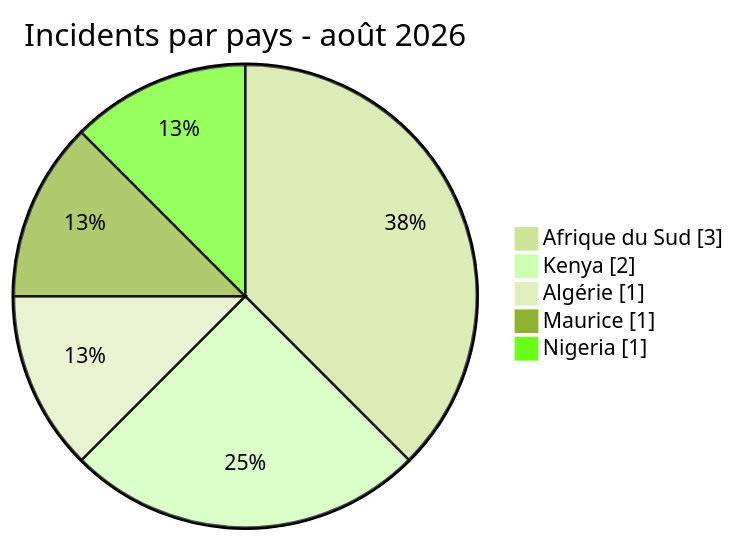
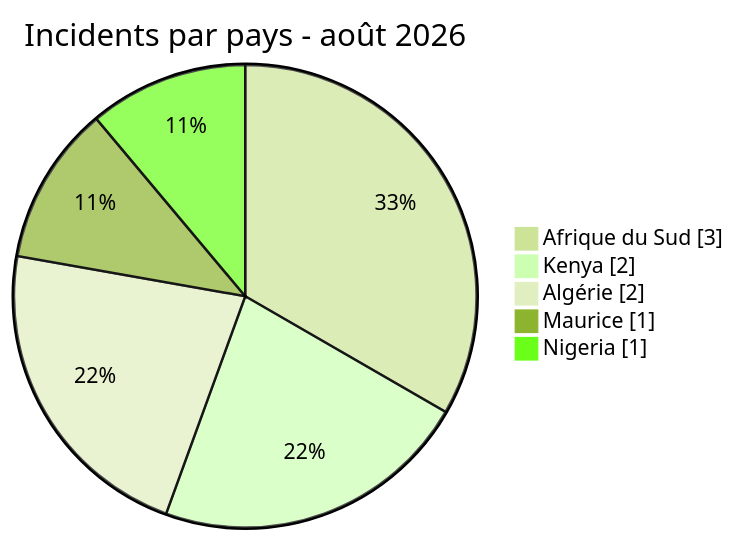
Before and after one commit to Hatchepsoute/AFRINTEL: the first of 2 diagrams in CyberAttackAfrica/2026/08-august/README_FR.md, drawn with Mermaid (forest theme). The commit also changed other lines of this file and 4 other files, not shown here.

````diff
--- a/CyberAttackAfrica/2026/08-august/README_FR.md
+++ b/CyberAttackAfrica/2026/08-august/README_FR.md
@@ -56,9 +56,9 @@
 ```mermaid
 pie showData
 title Incidents par pays - août 2026
 "Afrique du Sud" : 3
 "Kenya" : 2
-"Algérie" : 1
+"Algérie" : 2
 "Maurice" : 1
 "Nigeria" : 1
 ```
````
